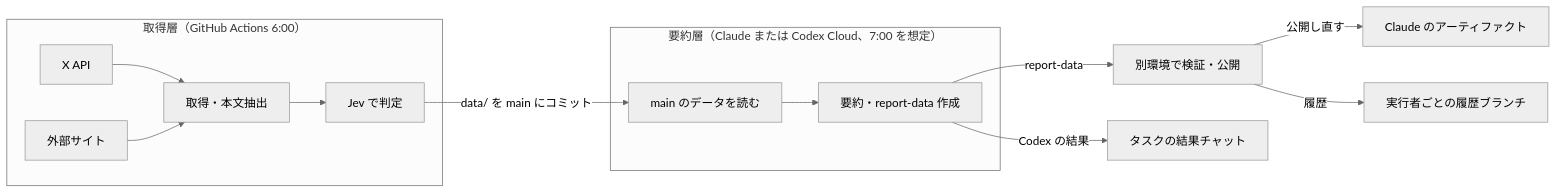
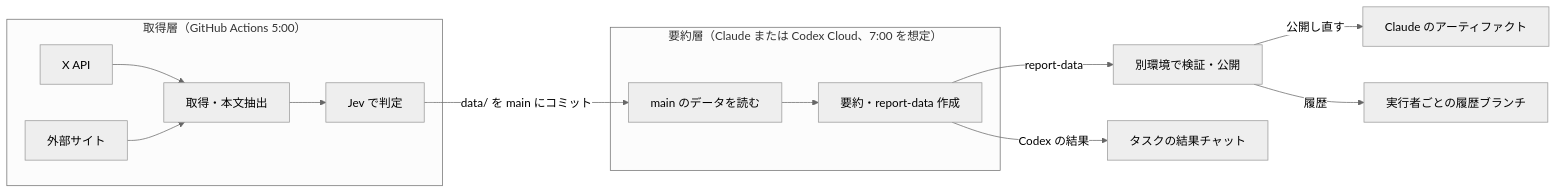
Before and after one commit to NaokiKomura/x-bookmark-digest-template: the diagram in docs/spec.md, drawn with Mermaid (neutral theme). The commit also changed other lines of this file and 4 other files, not shown here.

````diff
--- a/docs/spec.md
+++ b/docs/spec.md
@@ -29,16 +29,16 @@
 ```mermaid
 flowchart LR
-  subgraph 取得層["取得層（GitHub Actions 6:00）"]
+  subgraph 取得層["取得層（GitHub Actions 5:00）"]
     X[X API] --> F[取得・本文抽出]
     W[外部サイト] --> F
     F --> J[Jev で判定]
   end
   J -->|data/ を main にコミット| R
   subgraph 要約層["要約層（Claude または Codex Cloud、7:00 を想定）"]
     R[main のデータを読む] --> S[要約・report-data 作成]
   end
   S -->|report-data| P[別環境で検証・公開]
   P -->|公開し直す| A[Claude のアーティファクト]
   P -->|履歴| B[実行者ごとの履歴ブランチ]
   S -->|Codex の結果| C[タスクの結果チャット]
 ```
````
